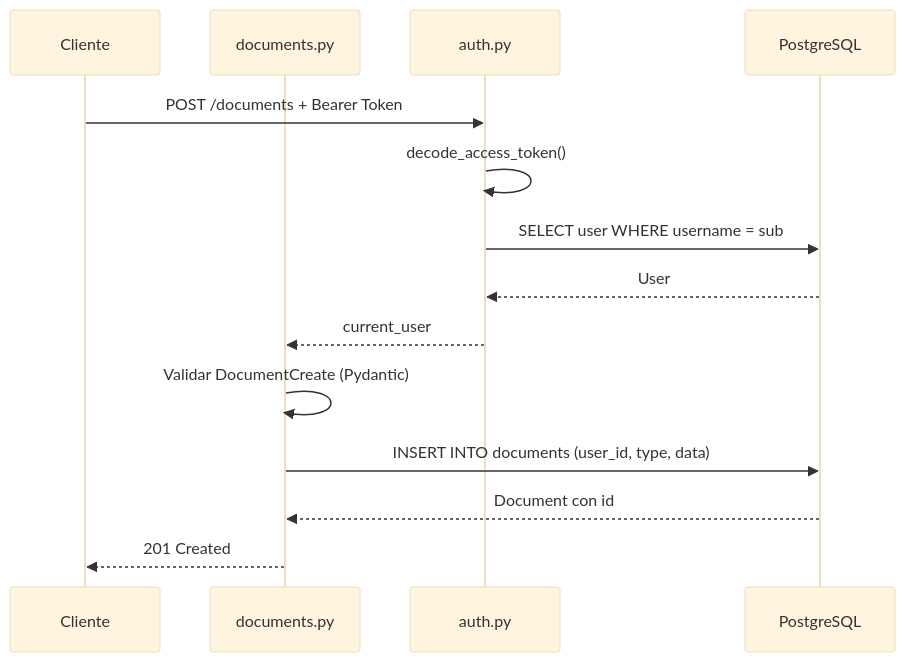
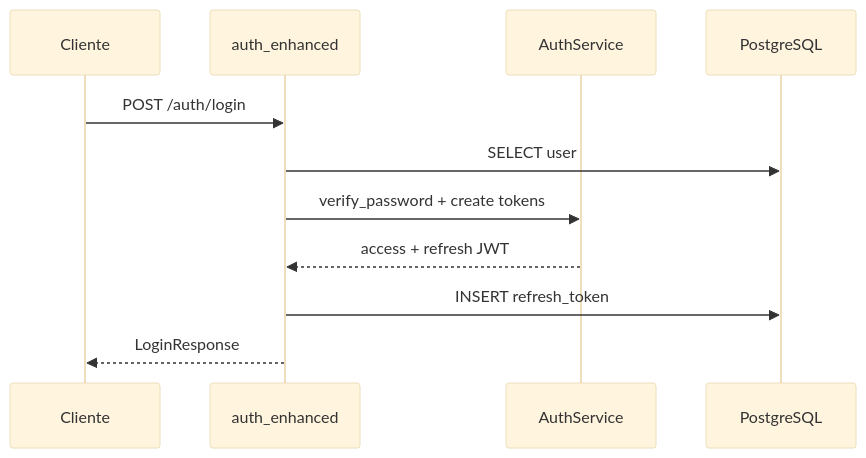
The third of 5 diagrams in api/docs/ARCHITECTURE.md (cjhirashi/cjhirashi-career), drawn with Mermaid (base theme) before and after one commit. The commit also changed other lines of this file and 40 other files, not shown here.

````diff
--- a/api/docs/ARCHITECTURE.md
+++ b/api/docs/ARCHITECTURE.md
@@ -109,17 +217,14 @@
 ```mermaid
 sequenceDiagram
-    participant Cliente
-    participant Routes as documents.py
-    participant Middleware as auth.py
+    participant C as Cliente
+    participant R as auth_enhanced
+    participant S as AuthService
     participant DB as PostgreSQL
 
-    Cliente->>Middleware: POST /documents + Bearer Token
-    Middleware->>Middleware: decode_access_token()
-    Middleware->>DB: SELECT user WHERE username = sub
-    DB-->>Middleware: User
-    Middleware-->>Routes: current_user
-    Routes->>Routes: Validar DocumentCreate (Pydantic)
-    Routes->>DB: INSERT INTO documents (user_id, type, data)
-    DB-->>Routes: Document con id
-    Routes-->>Cliente: 201 Created
+    C->>R: POST /auth/login
+    R->>DB: SELECT user
+    R->>S: verify_password + create tokens
+    S-->>R: access + refresh JWT
+    R->>DB: INSERT refresh_token
+    R-->>C: LoginResponse
 ```
````
